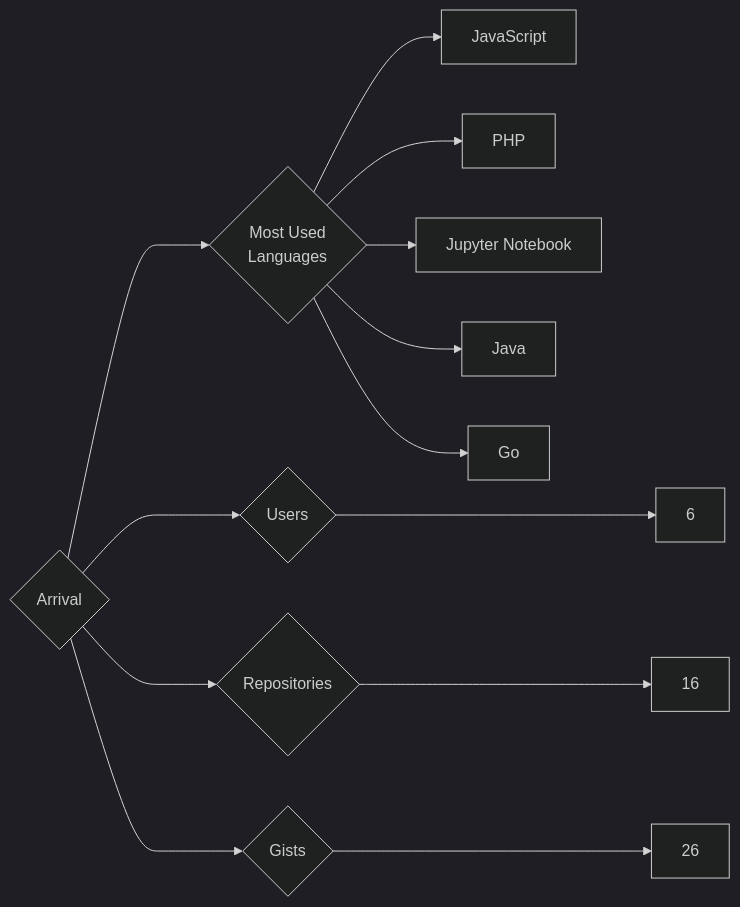
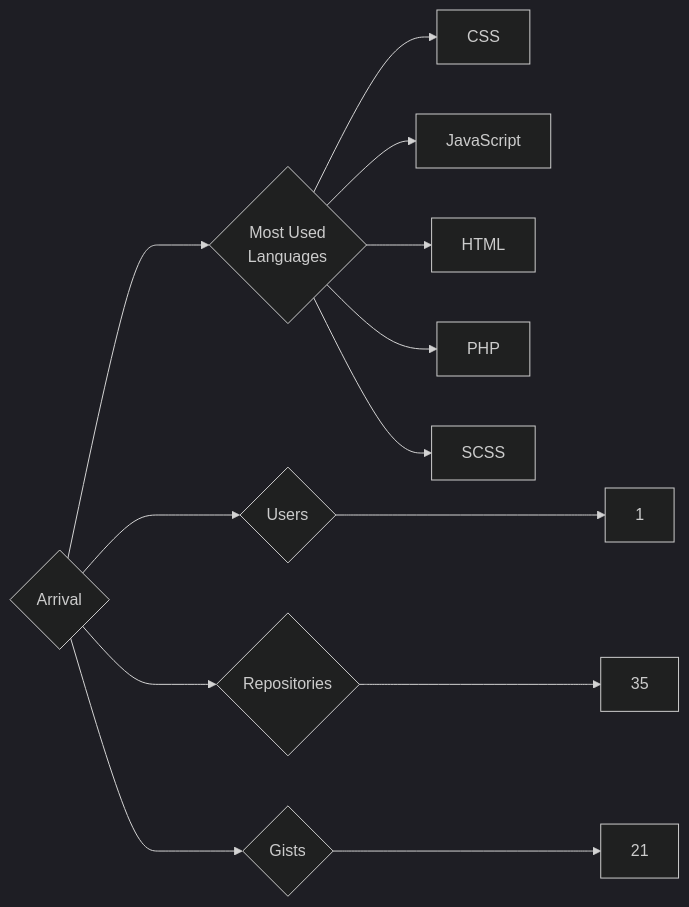
Before and after one commit to trickest/insiders: the diagram in targets/Arrival/README.md, drawn with Mermaid (dark theme). The commit also changed 998 other files, not shown here.

````diff
--- a/targets/Arrival/README.md
+++ b/targets/Arrival/README.md
@@ -3,13 +3,13 @@
 ```mermaid
 graph LR
 COMPANY_NAME{Arrival}
-COMPANY_NAME ---> U{Users} ---> UN[6]
-COMPANY_NAME ---> R{Repositories} ---> RN[16]
-COMPANY_NAME ---> G{Gists} ---> GN[26]
+COMPANY_NAME ---> U{Users} ---> UN[1]
+COMPANY_NAME ---> R{Repositories} ---> RN[35]
+COMPANY_NAME ---> G{Gists} ---> GN[21]
 COMPANY_NAME ---> ML{Most Used<br>Languages}
+ML --> CSS[CSS]
 ML --> JavaScript[JavaScript]
+ML --> HTML[HTML]
 ML --> PHP[PHP]
-ML --> Jupyter_Notebook[Jupyter Notebook]
-ML --> Java[Java]
-ML --> Go[Go]
+ML --> SCSS[SCSS]
 ```
````
